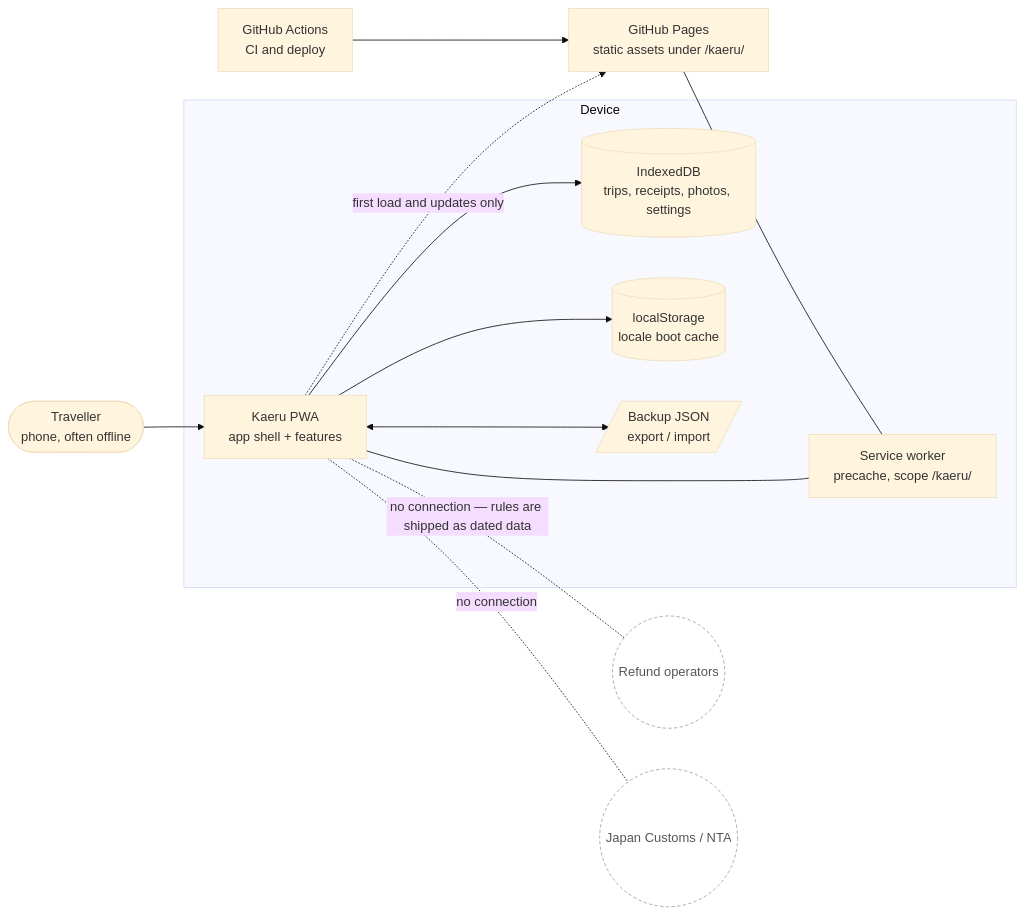
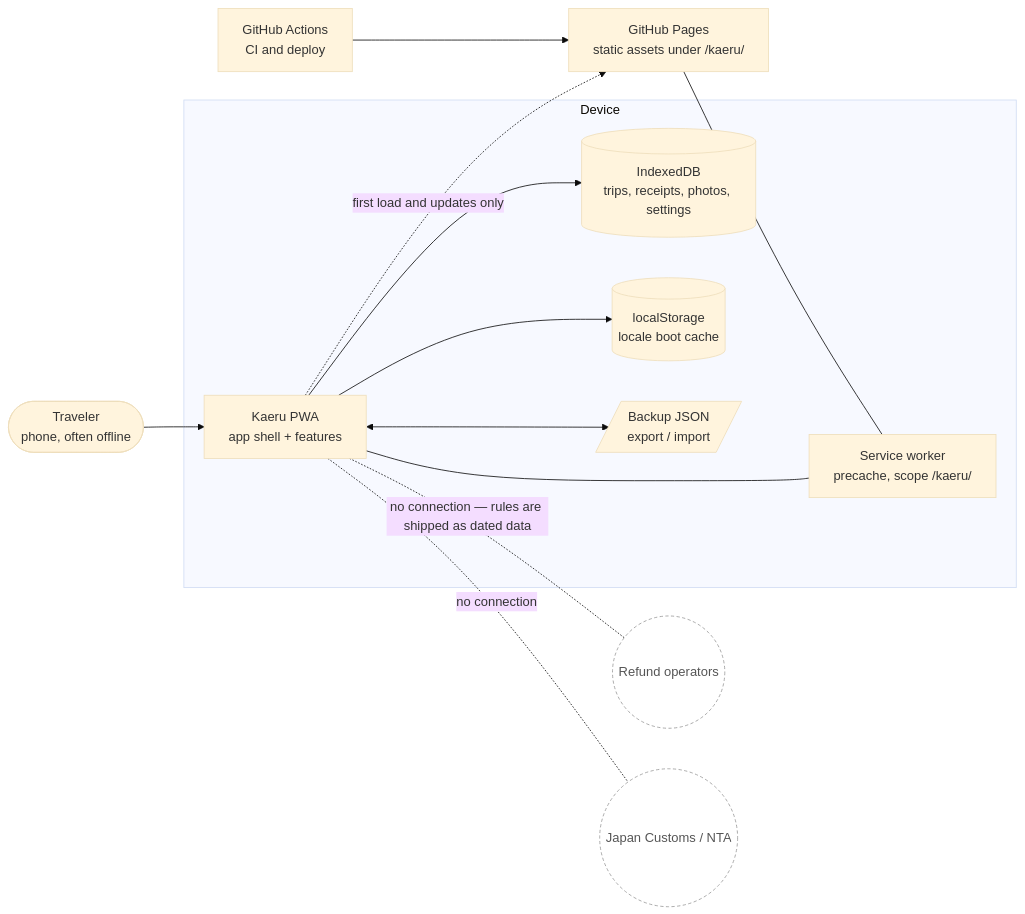
The first of 2 diagrams in docs/architecture/overview.md (sean1093/kaeru), drawn with Mermaid (base theme) before and after one commit. The commit also changed 15 other files, not shown here.

````diff
--- a/docs/architecture/overview.md
+++ b/docs/architecture/overview.md
@@ -26,31 +26,31 @@
 ```mermaid
 flowchart LR
-  user([Traveller<br/>phone, often offline])
+  user([Traveler<br/>phone, often offline])
 
   subgraph device [Device]
     app[Kaeru PWA<br/>app shell + features]
     sw[Service worker<br/>precache, scope /kaeru/]
     idb[(IndexedDB<br/>trips, receipts, photos, settings)]
     ls[(localStorage<br/>locale boot cache)]
     file[/Backup JSON<br/>export / import/]
   end
 
   pages[GitHub Pages<br/>static assets under /kaeru/]
   gha[GitHub Actions<br/>CI and deploy]
 
   user --> app
   app --> idb
   app --> ls
   app <--> file
   app -. first load and updates only .-> pages
   sw --- app
   pages --- sw
   gha --> pages
 
   shop((Refund operators)):::out
   nta((Japan Customs / NTA)):::out
   app -. "no connection — rules are shipped as dated data" .- shop
   app -. "no connection" .- nta
 
   classDef out fill:#fff,stroke:#999,stroke-dasharray:4 3,color:#555
 ```
````
